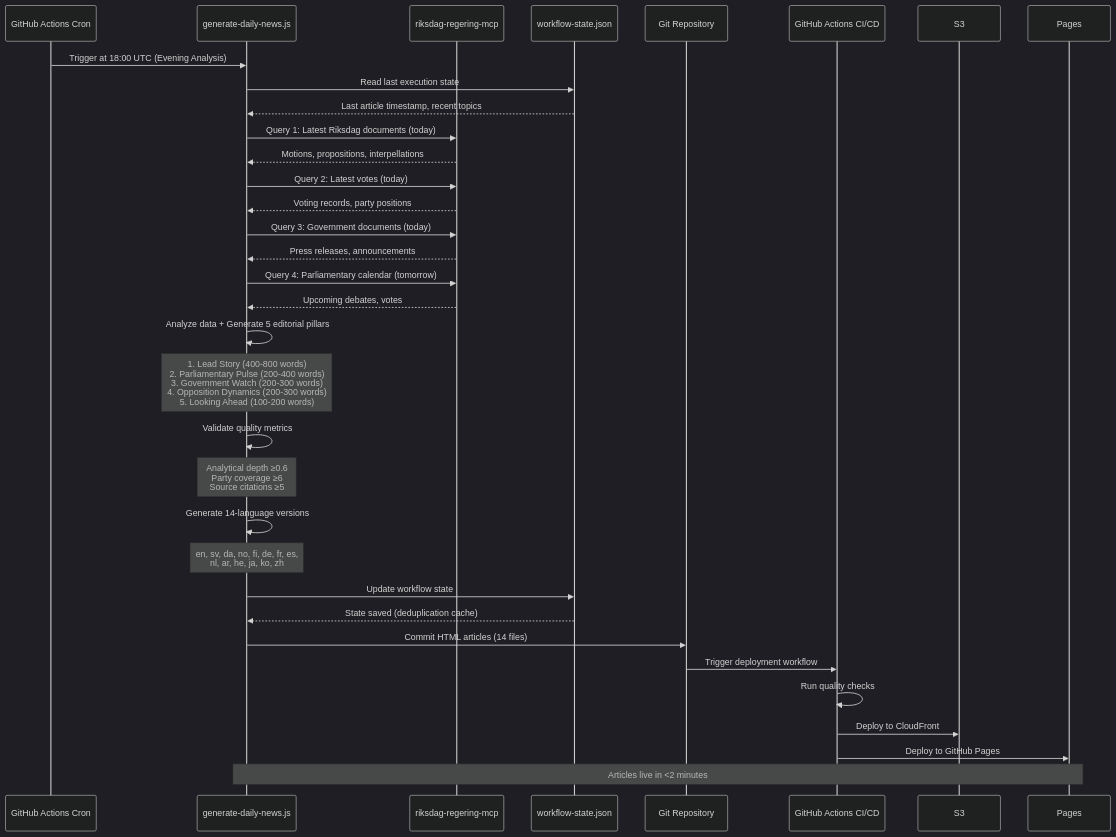
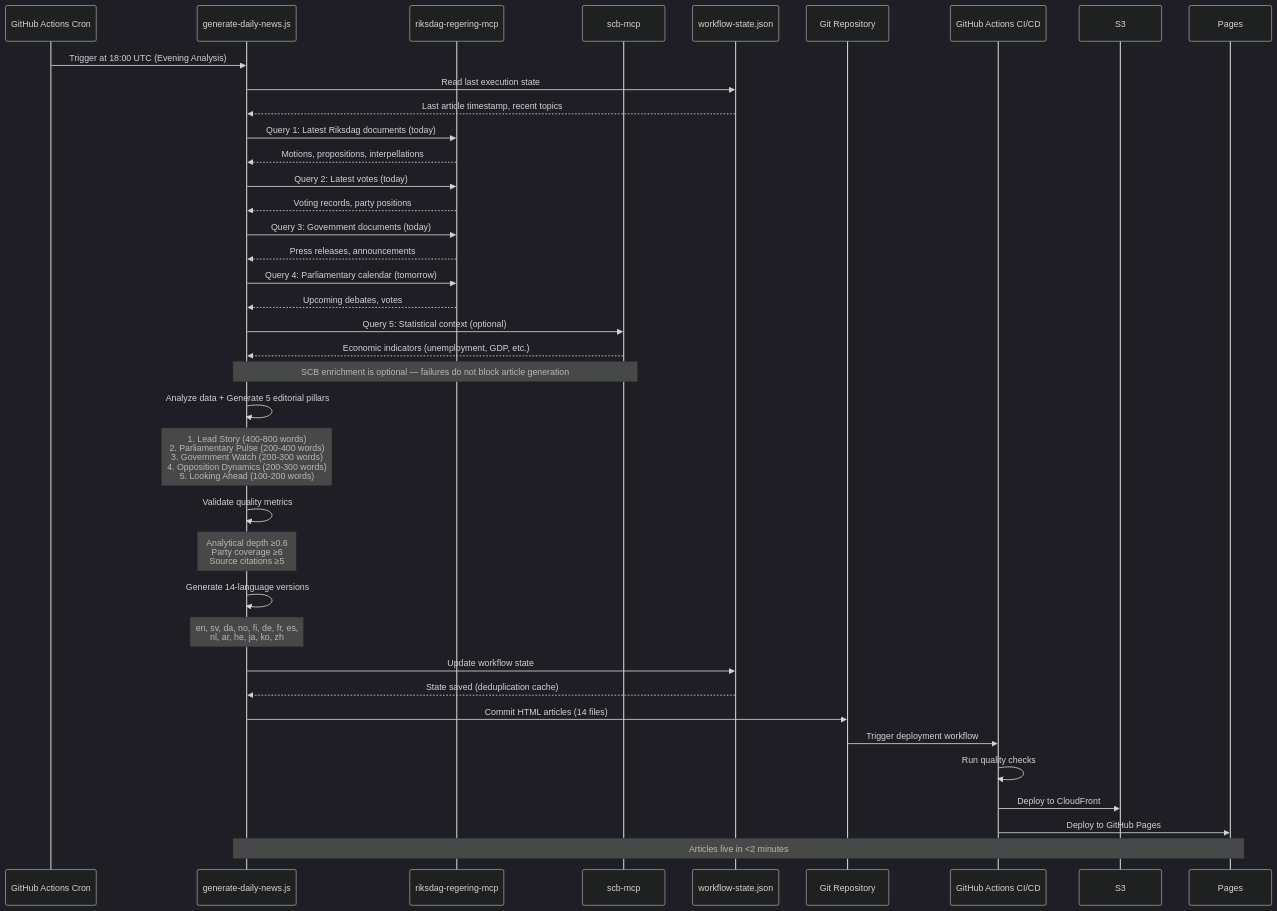
Before and after one commit to Hack23/riksdagsmonitor: the sixth of 16 diagrams in ARCHITECTURE.md, drawn with Mermaid (dark theme). The commit also changed other lines of this file and 1 other file, not shown here.

Commit message:
Add SCB MCP integration tests, update ARCHITECTURE.md with SCB documentation

````diff
--- a/ARCHITECTURE.md
+++ b/ARCHITECTURE.md
@@ -429,45 +429,50 @@
 ```mermaid
 sequenceDiagram
     participant Cron as GitHub Actions Cron
     participant NewsGen as generate-daily-news.js
     participant MCP as riksdag-regering-mcp
+    participant SCB as scb-mcp
     participant State as workflow-state.json
     participant Git as Git Repository
     participant CI as GitHub Actions CI/CD
     
     Cron->>NewsGen: Trigger at 18:00 UTC (Evening Analysis)
     NewsGen->>State: Read last execution state
     State-->>NewsGen: Last article timestamp, recent topics
     
     NewsGen->>MCP: Query 1: Latest Riksdag documents (today)
     MCP-->>NewsGen: Motions, propositions, interpellations
     
     NewsGen->>MCP: Query 2: Latest votes (today)
     MCP-->>NewsGen: Voting records, party positions
     
     NewsGen->>MCP: Query 3: Government documents (today)
     MCP-->>NewsGen: Press releases, announcements
     
     NewsGen->>MCP: Query 4: Parliamentary calendar (tomorrow)
     MCP-->>NewsGen: Upcoming debates, votes
+    
+    NewsGen->>SCB: Query 5: Statistical context (optional)
+    SCB-->>NewsGen: Economic indicators (unemployment, GDP, etc.)
+    Note over NewsGen,SCB: SCB enrichment is optional — failures do not block article generation
     
     NewsGen->>NewsGen: Analyze data + Generate 5 editorial pillars
     Note over NewsGen: 1. Lead Story (400-800 words)<br/>2. Parliamentary Pulse (200-400 words)<br/>3. Government Watch (200-300 words)<br/>4. Opposition Dynamics (200-300 words)<br/>5. Looking Ahead (100-200 words)
     
     NewsGen->>NewsGen: Validate quality metrics
     Note over NewsGen: Analytical depth ≥0.6<br/>Party coverage ≥6<br/>Source citations ≥5
     
     NewsGen->>NewsGen: Generate 14-language versions
     Note over NewsGen: en, sv, da, no, fi, de, fr, es,<br/>nl, ar, he, ja, ko, zh
     
     NewsGen->>State: Update workflow state
     State-->>NewsGen: State saved (deduplication cache)
     
     NewsGen->>Git: Commit HTML articles (14 files)
     Git->>CI: Trigger deployment workflow
     CI->>CI: Run quality checks
     CI->>S3: Deploy to CloudFront
     CI->>Pages: Deploy to GitHub Pages
     
     Note over NewsGen,Pages: Articles live in <2 minutes
 ```
````
